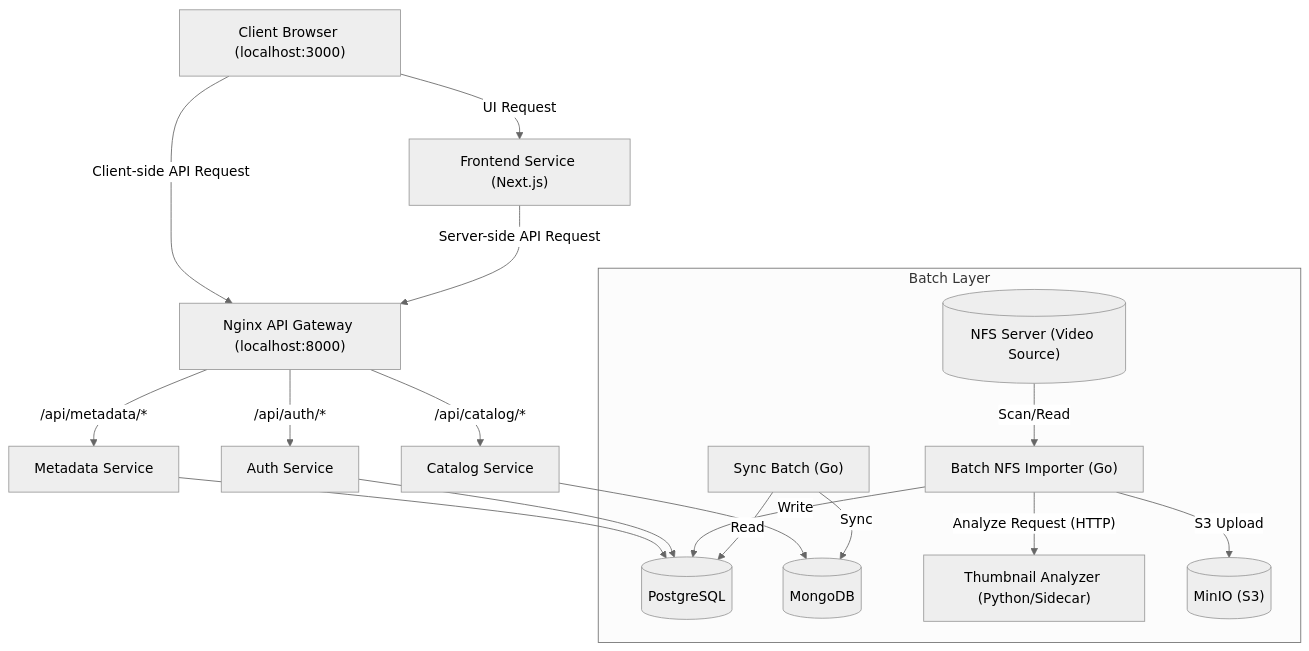
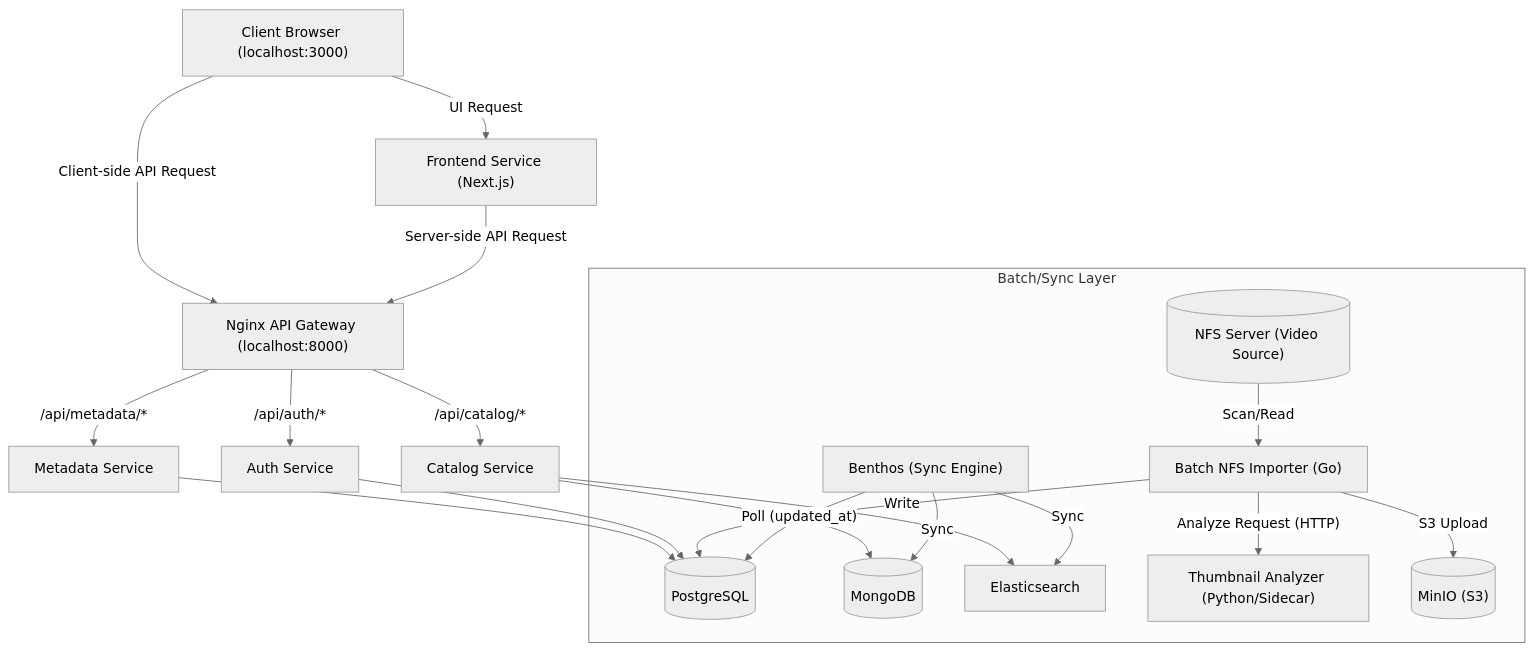
Before and after one commit to k-wa-wa/pechka: the diagram in stream/docs/201_architecture.md, drawn with Mermaid (neutral theme). The commit also changed other lines of this file and 4 other files, not shown here.

````diff
--- a/stream/docs/201_architecture.md
+++ b/stream/docs/201_architecture.md
@@ -10,39 +10,42 @@
 ```mermaid
 graph TD
     Client["Client Browser (localhost:3000)"]
     Gateway["Nginx API Gateway (localhost:8000)"]
     Frontend["Frontend Service (Next.js)"]
     Catalog["Catalog Service"]
     Metadata["Metadata Service"]
     Auth["Auth Service"]
     
     DB_PG[("PostgreSQL")]
     DB_Mongo[("MongoDB")]
+    ES["Elasticsearch"]
 
     Client -- UI Request --> Frontend
     Client -- Client-side API Request --> Gateway
     Frontend -- Server-side API Request --> Gateway
     
     Gateway -- /api/catalog/* --> Catalog
     Gateway -- /api/metadata/* --> Metadata
     Gateway -- /api/auth/* --> Auth
     
     Catalog --> DB_Mongo
+    Catalog --> ES
     Metadata --> DB_PG
     Auth --> DB_PG
 
-    subgraph Batch Layer
+    subgraph Batch/Sync Layer
         NFS[("NFS Server (Video Source)")]
         Importer["Batch NFS Importer (Go)"]
         Analyzer["Thumbnail Analyzer (Python/Sidecar)"]
-        SyncBatch["Sync Batch (Go)"]
+        Benthos["Benthos (Sync Engine)"]
         
         NFS -- Scan/Read --> Importer
         Importer -- Analyze Request (HTTP) --> Analyzer
         Importer -- S3 Upload --> MinIO[("MinIO (S3)")]
         Importer -- Write --> DB_PG
         
-        SyncBatch -- Read --> DB_PG
-        SyncBatch -- Sync --> DB_Mongo
+        Benthos -- "Poll (updated_at)" --> DB_PG
+        Benthos -- Sync --> DB_Mongo
+        Benthos -- Sync --> ES
     end
 ```
````
